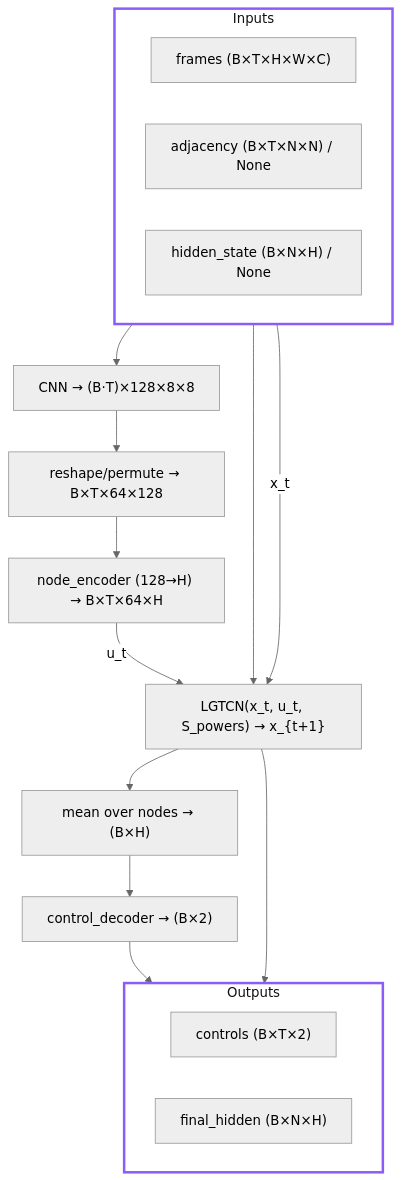
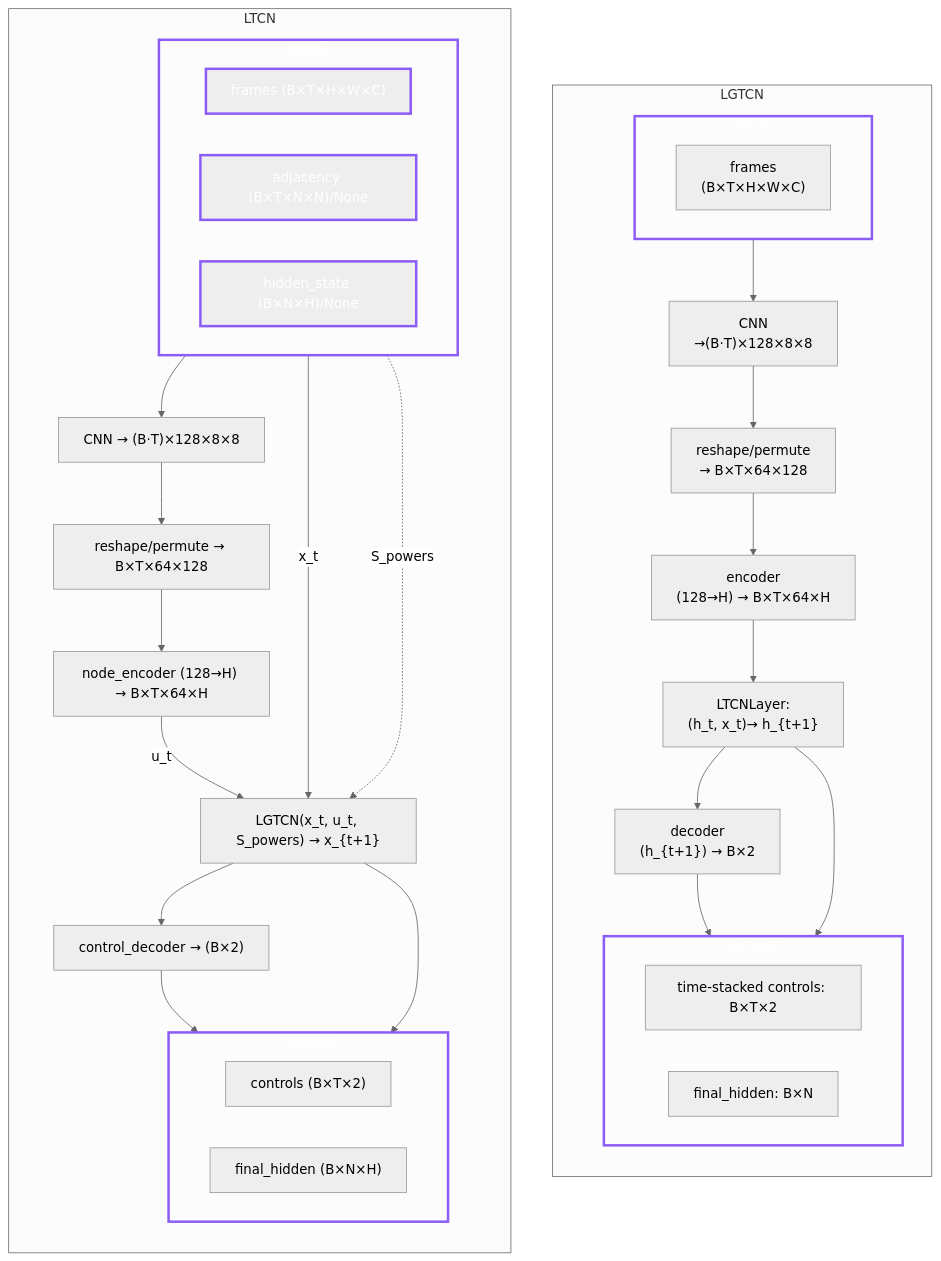
One commit to satra-11/liquid-graph-time-constant-network changed the diagram in README.md. Above: the diagram before and after it, drawn with Mermaid (neutral theme). The commit also changed other lines of this file, not shown here.

Commit message:
Mermaidの修正

````diff
--- a/README.md
+++ b/README.md
@@ -58,37 +28,59 @@
 ```mermaid
 flowchart TD
-  %% ===== Inputs =====
-  subgraph IN["Inputs"]
-    direction LR
-    A["frames (B×T×H×W×C)"]
-    Adj["adjacency (B×T×N×N) / None"]
-    H0["hidden_state (B×N×H) / None"]
+  %% ===== 左：Title =====
+  subgraph L["LGTCN"]
+    direction TB
+    LA["frames <br> (B×T×H×W×C)"]
+      --> LB["CNN<br>→(B·T)×128×8×8"]
+      --> LC["reshape/permute <br>→ B×T×64×128"]
+      --> LD["encoder <br>(128→H) → B×T×64×H"]
+      --> LF["LTCNLayer:<br>(h_t, x_t)→ h_{t+1}"]
+      --> LG["decoder<br>(h_{t+1}) → B×2"]
+    LG --> LH["time-stacked controls: B×T×2"]
+    LF --> LI["final_hidden: B×N"]
+    subgraph LIN["Inputs"]
+      direction LR
+      LA
+    end
+    subgraph LOUT["Outputs"]
+      direction LR
+      LH
+      LI
+    end
   end
 
-  %% ===== Pipeline =====
-  A --> B["CNN → (B·T)×128×8×8"]
-  B --> C["reshape/permute → B×T×64×128"]
-  C --> D["node_encoder (128→H) → B×T×64×H"]
-  Adj --> H["LGTCN(x_t, u_t, S_powers) → x_{t+1}"]
-  H0 --"x_t"--> H
-  D --"u_t"--> H
+  %% ===== 右：Title 2 =====
+  subgraph R["LTCN"]
+    direction TB
+    RIN["Inputs"]:::io
+    RA["frames (B×T×H×W×C)"]:::io
+    RADJ["adjacency (B×T×N×N)/None"]:::io
+    RH0["hidden_state (B×N×H)/None"]:::io
 
-  %% ===== Decode =====
-  H --> P["mean over nodes → (B×H)"]
-  P --> Q["control_decoder → (B×2)"]
+    RA --> RB["CNN → (B·T)×128×8×8"]
+    RB --> RC["reshape/permute → B×T×64×128"]
+    RC --> RD["node_encoder (128→H) → B×T×64×H"]
+    RH0 -- "x_t" --> RH["LGTCN(x_t, u_t, S_powers) → x_{t+1}"]
+    RD -- "u_t" --> RH
+    RADJ -. "S_powers" .-> RH
+    RH --> RQ["control_decoder → (B×2)"]
+    subgraph RIN["Inputs"]
+      direction LR
+      RA
+      RADJ
+      RH0
+    end
 
-  %% ===== Outputs =====
-  subgraph OUT["Outputs"]
-    direction LR
-    O1["controls (B×T×2)"]
-    O2["final_hidden (B×N×H)"]
+    subgraph ROUT["Outputs"]
+      direction LR
+      RO1["controls (B×T×2)"]
+      RO2["final_hidden (B×N×H)"]
+    end
+    RQ --> RO1
+    RH --> RO2
   end
 
-  Q --> O1
-  H --> O2
-
-  %% ===== Styling =====
-  style IN stroke:#8b5cf6,stroke-width:3px,fill:#ffffff,color:#111;
-  style OUT stroke:#8b5cf6,stroke-width:3px,fill:#ffffff,color:#111;
-
+  %% スタイル
+  classDef io stroke:#8b5cf6,stroke-width:3px,color:#fff;
+  class LIN,LOUT,RIN,ROUT io;
 ```
````
